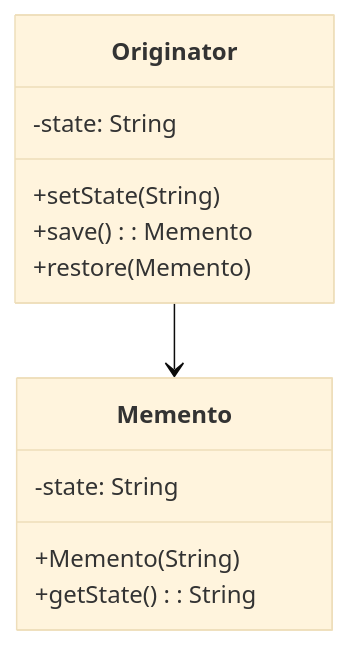
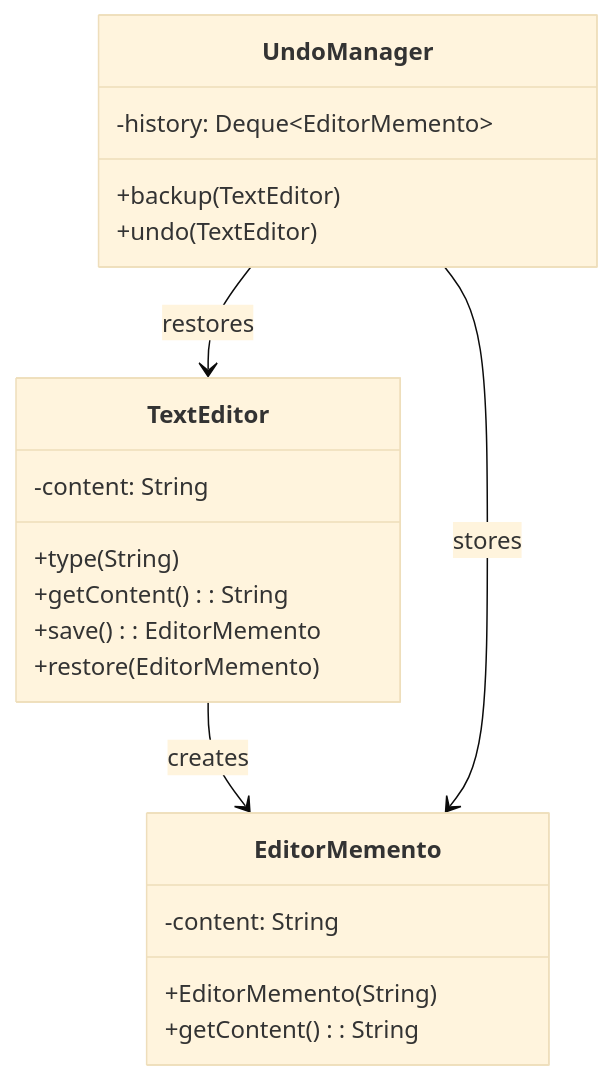
Diagram 18 of 23 in content/english/blog/system_design/core_design_patterns.md (welldesignedsystem/welldesignedsystem.github.io), drawn with Mermaid (base theme) before and after one commit. The commit also changed other lines of this file and 1 other file, not shown here.

````diff
--- a/content/english/blog/system_design/core_design_patterns.md
+++ b/content/english/blog/system_design/core_design_patterns.md
@@ -920,15 +1401,23 @@
 ```mermaid
 classDiagram
-    class Memento {
-        -state: String
-        +Memento(String)
-        +getState(): String
+    class EditorMemento {
+        -content: String
+        +EditorMemento(String)
+        +getContent(): String
     }
-    class Originator {
-        -state: String
-        +setState(String)
-        +save(): Memento
-        +restore(Memento)
+    class TextEditor {
+        -content: String
+        +type(String)
+        +getContent(): String
+        +save(): EditorMemento
+        +restore(EditorMemento)
     }
-    Originator --> Memento
+    class UndoManager {
+        -history: Deque~EditorMemento~
+        +backup(TextEditor)
+        +undo(TextEditor)
+    }
+    TextEditor --> EditorMemento : creates
+    UndoManager --> EditorMemento : stores
+    UndoManager --> TextEditor : restores
 ```
````
